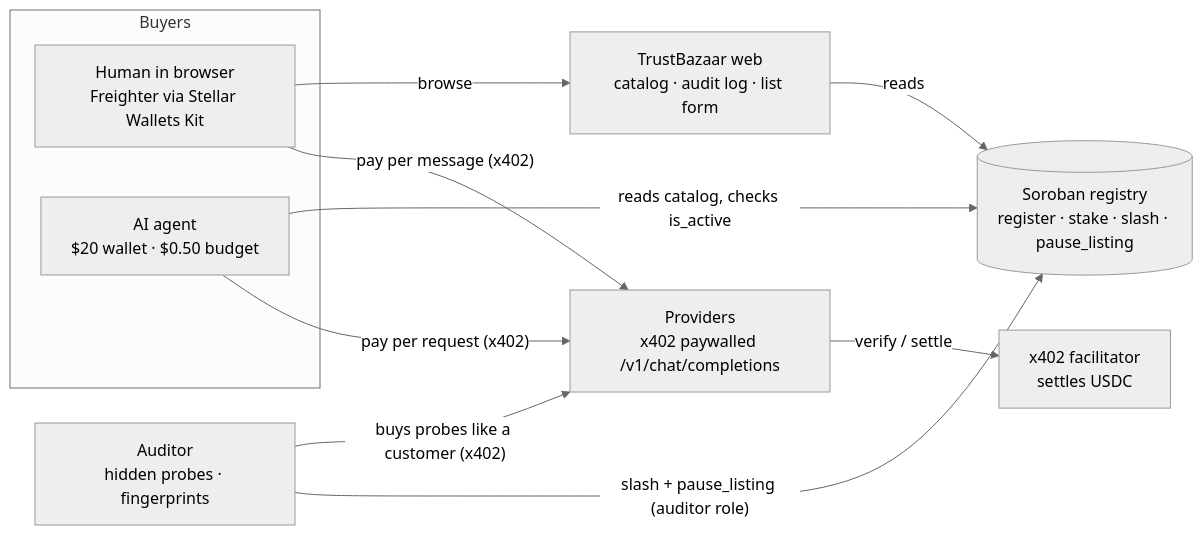
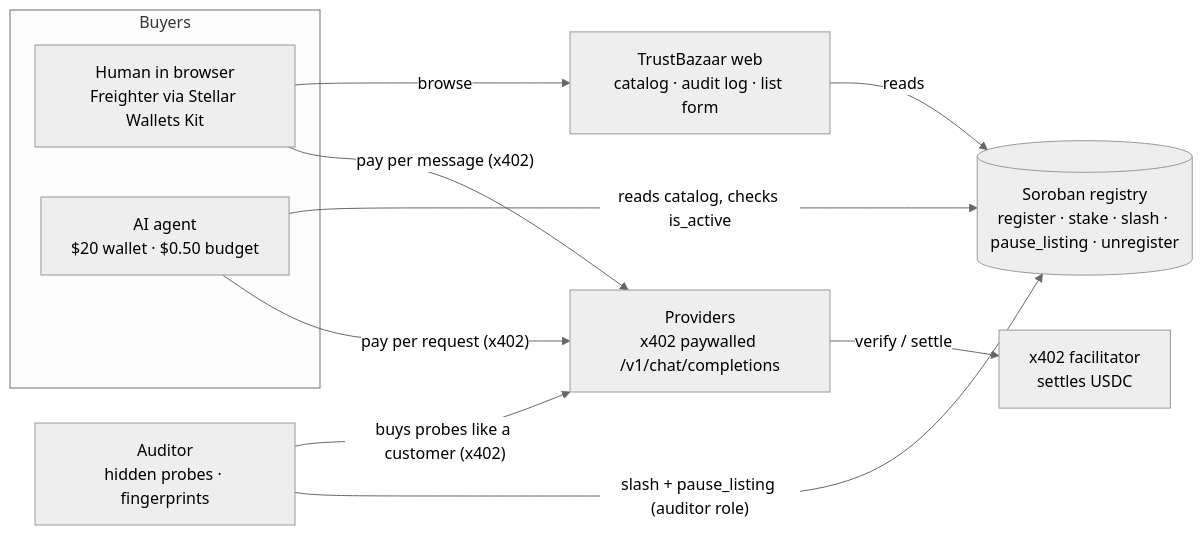
Before and after one commit to curtismoncoq/Middlemate: the diagram in README.md, drawn with Mermaid (neutral theme). The commit also changed other lines of this file and 5 other files, not shown here.

Commit message:
feat: demo reset from zero via unregister; registry v2 deployed

````diff
--- a/README.md
+++ b/README.md
@@ -13,20 +13,20 @@
 ```mermaid
 flowchart LR
   subgraph Buyers
     H[Human in browser<br/>Freighter via Stellar Wallets Kit]
     A[AI agent<br/>$20 wallet · $0.50 budget]
   end
   W[TrustBazaar web<br/>catalog · audit log · list form]
-  R[(Soroban registry<br/>register · stake · slash · pause_listing)]
+  R[(Soroban registry<br/>register · stake · slash · pause_listing · unregister)]
   P[Providers<br/>x402 paywalled /v1/chat/completions]
   AU[Auditor<br/>hidden probes · fingerprints]
   F[x402 facilitator<br/>settles USDC]
   H -- browse --> W
   W -- reads --> R
   H -- pay per message (x402) --> P
   A -- reads catalog, checks is_active --> R
   A -- pay per request (x402) --> P
   AU -- buys probes like a customer (x402) --> P
   AU -- slash + pause_listing (auditor role) --> R
   P -- verify / settle --> F
 ```
````
